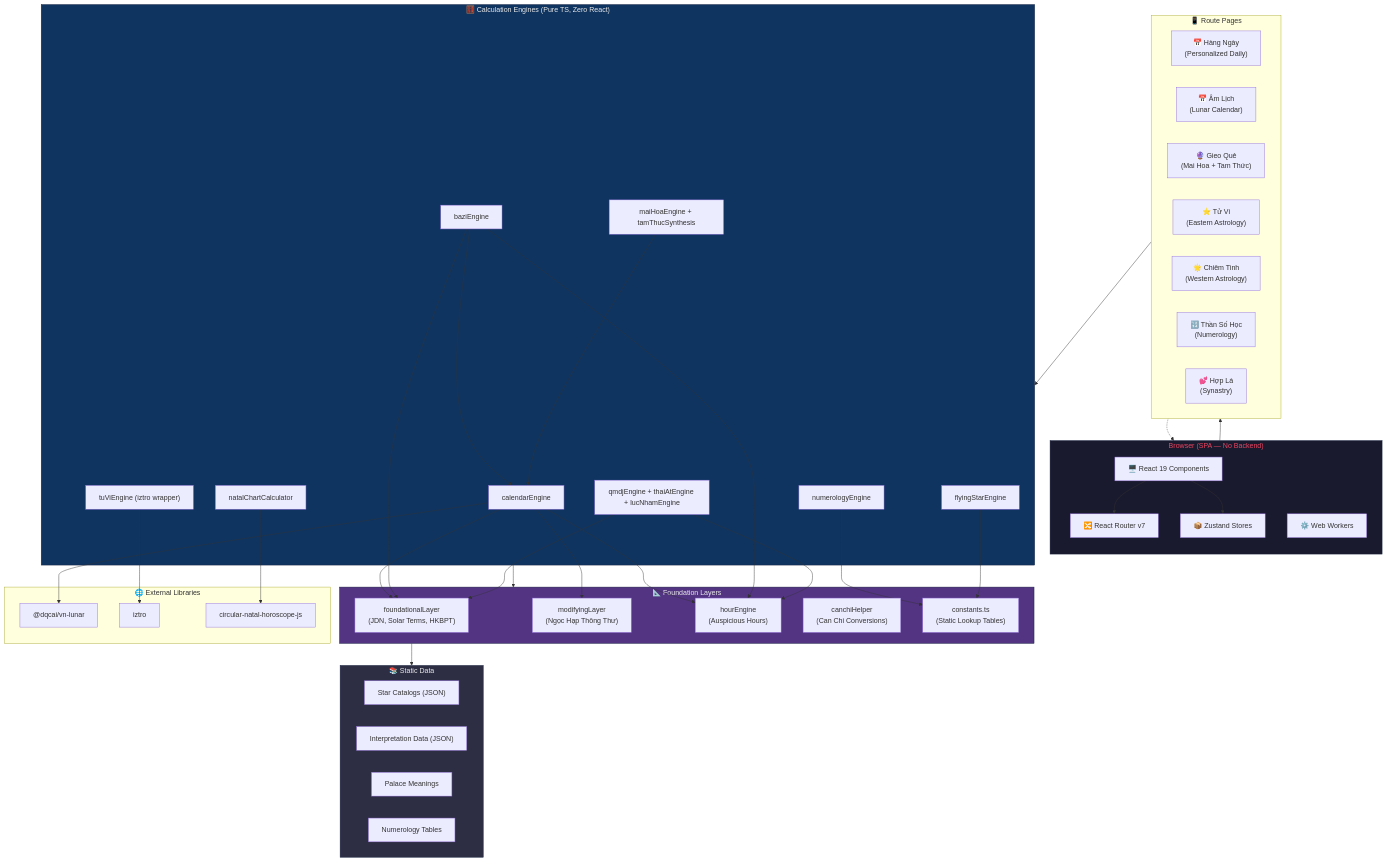
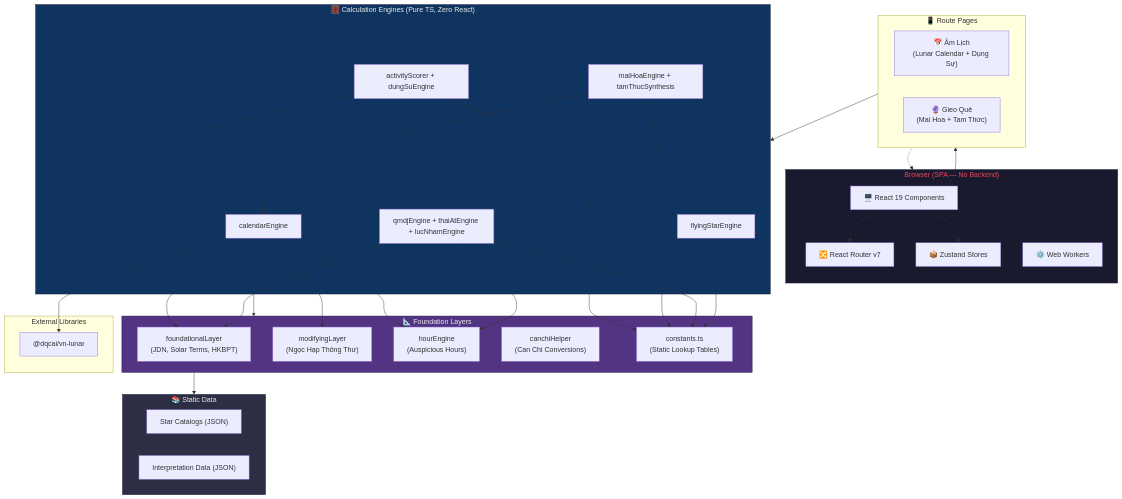
The first of 3 diagrams in docs/tech/ARCHITECTURE.md (jakessteve/lich-viet), drawn with Mermaid before and after one commit. The commit also changed other lines of this file and 6 other files, not shown here.

````diff
--- a/docs/tech/ARCHITECTURE.md
+++ b/docs/tech/ARCHITECTURE.md
@@ -46,73 +44,58 @@
 ```mermaid
 graph TB
     subgraph Browser["Browser (SPA — No Backend)"]
         direction TB
         UI["🖥️ React 19 Components"]
         Router["🔀 React Router v7"]
         Store["📦 Zustand Stores"]
         Workers["⚙️ Web Workers"]
     end
 
     subgraph Pages["📱 Route Pages"]
-        P0["📅 Hàng Ngày<br/>(Personalized Daily)"]
-        P1["📅 Âm Lịch<br/>(Lunar Calendar)"]
+        P1["📅 Âm Lịch<br/>(Lunar Calendar + Dụng Sự)"]
         P2["🔮 Gieo Quẻ<br/>(Mai Hoa + Tam Thức)"]
-        P3["⭐ Tử Vi<br/>(Eastern Astrology)"]
-        P4["🌟 Chiêm Tinh<br/>(Western Astrology)"]
-        P5["🔢 Thần Số Học<br/>(Numerology)"]
-        P6["💕 Hợp Lá<br/>(Synastry)"]
     end
 
     subgraph Engines["🧮 Calculation Engines (Pure TS, Zero React)"]
         E1["calendarEngine"]
-        E2["maiHoaEngine + tamThucSynthesis"]
-        E3["tuViEngine (iztro wrapper)"]
-        E4["natalChartCalculator"]
-        E5["numerologyEngine"]
-        E6["baziEngine"]
-        E7["flyingStarEngine"]
-        E8["qmdjEngine + thaiAtEngine + lucNhamEngine"]
+        E2["activityScorer + dungSuEngine"]
+        E3["maiHoaEngine + tamThucSynthesis"]
+        E4["qmdjEngine + thaiAtEngine + lucNhamEngine"]
+        E5["flyingStarEngine"]
     end
 
     subgraph Layers["📐 Foundation Layers"]
         L1["foundationalLayer<br/>(JDN, Solar Terms, HKBPT)"]
         L2["modifyingLayer<br/>(Ngọc Hạp Thông Thư)"]
         L3["hourEngine<br/>(Auspicious Hours)"]
         L4["canchiHelper<br/>(Can Chi Conversions)"]
         L5["constants.ts<br/>(Static Lookup Tables)"]
     end
 
     subgraph Data["📚 Static Data"]
         D1["Star Catalogs (JSON)"]
         D2["Interpretation Data (JSON)"]
-        D3["Palace Meanings"]
-        D4["Numerology Tables"]
     end
 
-    subgraph External["🌐 External Libraries"]
+    subgraph External["External Libraries"]
         X1["@dqcai/vn-lunar"]
-        X2["iztro"]
-        X3["circular-natal-horoscope-js"]
     end
 
     UI --> Router --> Pages
     UI --> Store
     Pages --> Engines
     Engines --> Layers
     Layers --> Data
     Pages -.-> Workers
 
     E1 --> L1 & L2 & L3 & X1
-    E6 --> E1 & L1 & L3
-    E2 --> E1
-    E8 --> L1 & L3
-    E3 --> X2
-    E4 --> X3
+    E2 --> E1 & L5
+    E3 --> E1 & L5
+    E4 --> L1 & L3 & L5
     E5 --> L5
-    E7 --> L5
 
     style Browser fill:#1a1a2e,stroke:#16213e,color:#e94560
     style Engines fill:#0f3460,stroke:#16213e,color:#e9e9e9
     style Layers fill:#533483,stroke:#16213e,color:#e9e9e9
     style Data fill:#2d2d44,stroke:#16213e,color:#e9e9e9
 ```
````
